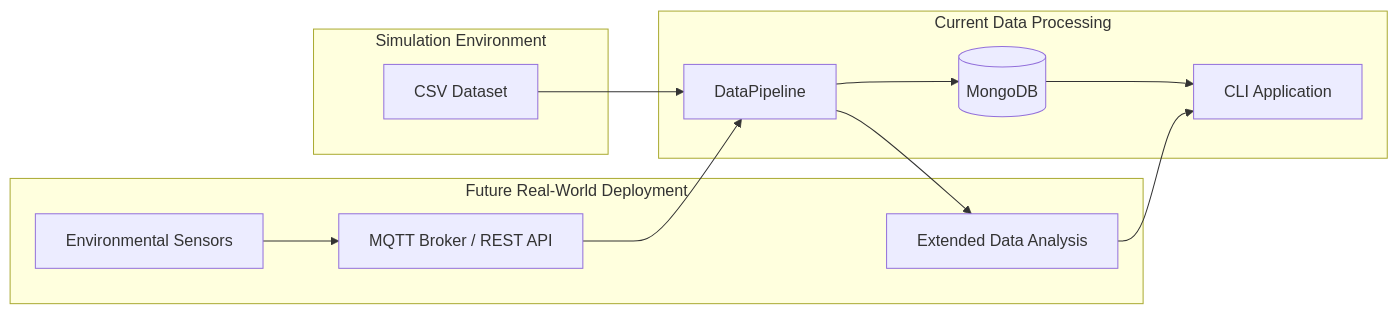
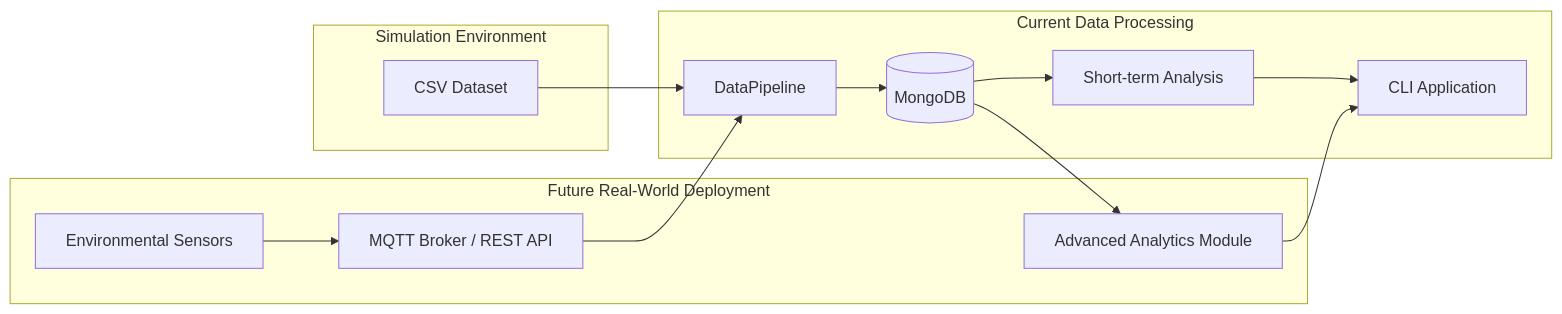
The second of 2 diagrams in README.md (tipofyzik/mongodb_for_storing_sensor_data), drawn with Mermaid before and after one commit.

````diff
--- a/README.md
+++ b/README.md
@@ -170,29 +170,31 @@
 ```mermaid
 flowchart LR
 
 subgraph Simulation["Simulation Environment"]
     A[CSV Dataset]
 end
 
 subgraph Processing["Current Data Processing"]
     D[DataPipeline]
     E[(MongoDB)]
     F[CLI Application]
+    H[Short-term Analysis]
     
     D --> E
-    E --> F
+    E --> H
+    H --> F
 end
 
 subgraph Real["Future Real-World Deployment"]
     B[Environmental Sensors]
     C[MQTT Broker / REST API]
-    G[Extended Data Analysis]
+    G[Advanced Analytics Module]
     
     B --> C
+    C --> D
+    E --> G
     G --> F
 end
 
 A --> D
-C --> D
-D --> G
 ```
````
